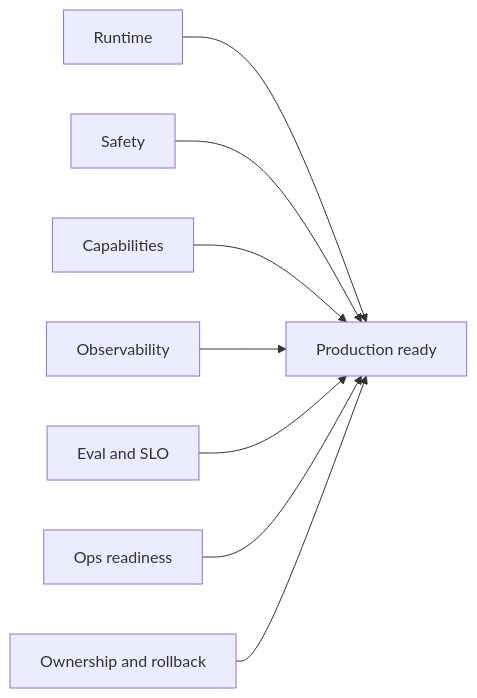
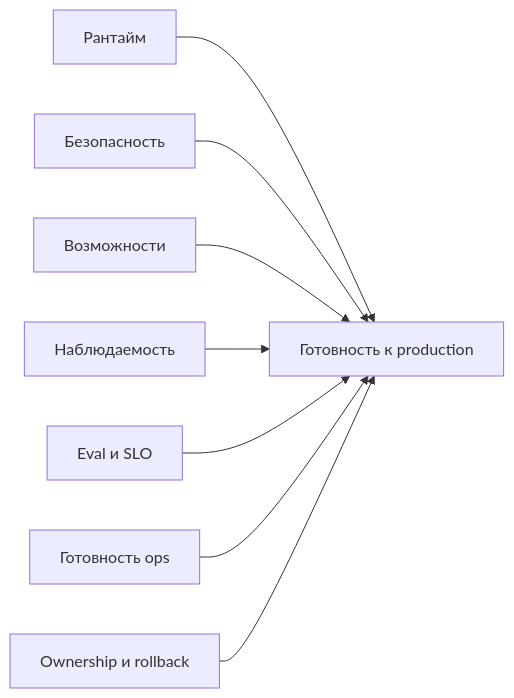
One commit to agent-axiom/agent-arch changed the diagram in docs/book/part-vii/chapter-18.md. Above: the diagram before and after it, drawn with Mermaid. The commit also changed other lines of this file, not shown here.

````diff
--- a/docs/book/part-vii/chapter-18.md
+++ b/docs/book/part-vii/chapter-18.md
@@ -142,10 +142,10 @@
 ``` mermaid
 flowchart LR
-    A["Runtime"] --> H["Production ready"]
-    B["Safety"] --> H
-    C["Capabilities"] --> H
-    D["Observability"] --> H
-    E["Eval and SLO"] --> H
-    F["Ops readiness"] --> H
-    G["Ownership and rollback"] --> H
+    A["Рантайм"] --> H["Готовность к production"]
+    B["Безопасность"] --> H
+    C["Возможности"] --> H
+    D["Наблюдаемость"] --> H
+    E["Eval и SLO"] --> H
+    F["Готовность ops"] --> H
+    G["Ownership и rollback"] --> H
 ```
````
